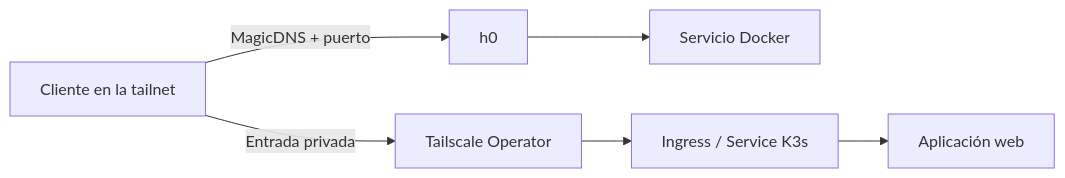
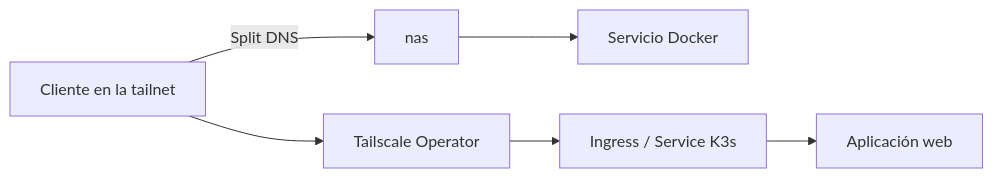
One commit to Ismola/homelab changed the second of 5 diagrams in README.md. Above: the diagram before and after it, drawn with Mermaid. The commit also changed other lines of this file and 2 other files, not shown here.

````diff
--- a/README.md
+++ b/README.md
@@ -203,11 +145,11 @@
 ```mermaid
 flowchart LR
     client["Cliente en la tailnet"]
 
-    client -->|"MagicDNS + puerto"| h0["h0"]
-    h0 --> docker["Servicio Docker"]
+    client -->|"Split DNS"| nas["nas"]
+    nas --> docker["Servicio Docker"]
 
-    client -->|"Entrada privada"| operator["Tailscale Operator"]
+    client -->operator["Tailscale Operator"]
     operator --> ingress["Ingress / Service K3s"]
     ingress --> app["Aplicación web"]
 ```
````
